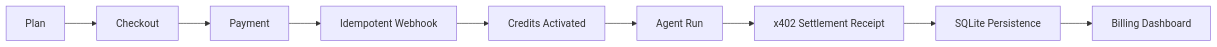
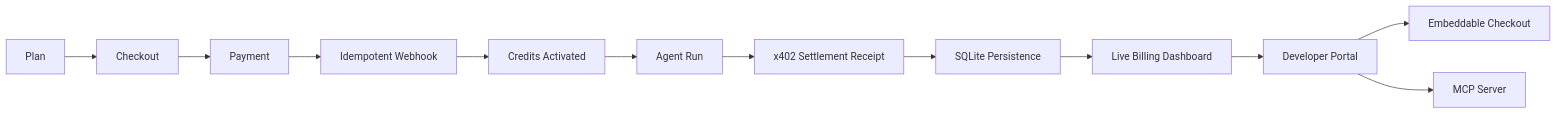
One commit to ShivamSoni20/DodoArc changed the fifth of 5 diagrams in README.md. Above: the diagram before and after it, drawn with Mermaid. The commit also changed other lines of this file and 31 other files, not shown here.

````diff
--- a/README.md
+++ b/README.md
@@ -291,11 +385,14 @@
 ```mermaid
 flowchart LR
     Plan["Plan"] --> Checkout["Checkout"]
     Checkout --> Payment["Payment"]
     Payment --> Webhook["Idempotent Webhook"]
     Webhook --> Credits["Credits Activated"]
     Credits --> Agent["Agent Run"]
     Agent --> Settlement["x402 Settlement Receipt"]
     Settlement --> Persistence["SQLite Persistence"]
-    Persistence --> Dashboard["Billing Dashboard"]
+    Persistence --> Dashboard["Live Billing Dashboard"]
+    Dashboard --> Developer["Developer Portal"]
+    Developer --> Embed["Embeddable Checkout"]
+    Developer --> MCP["MCP Server"]
 ```
````
